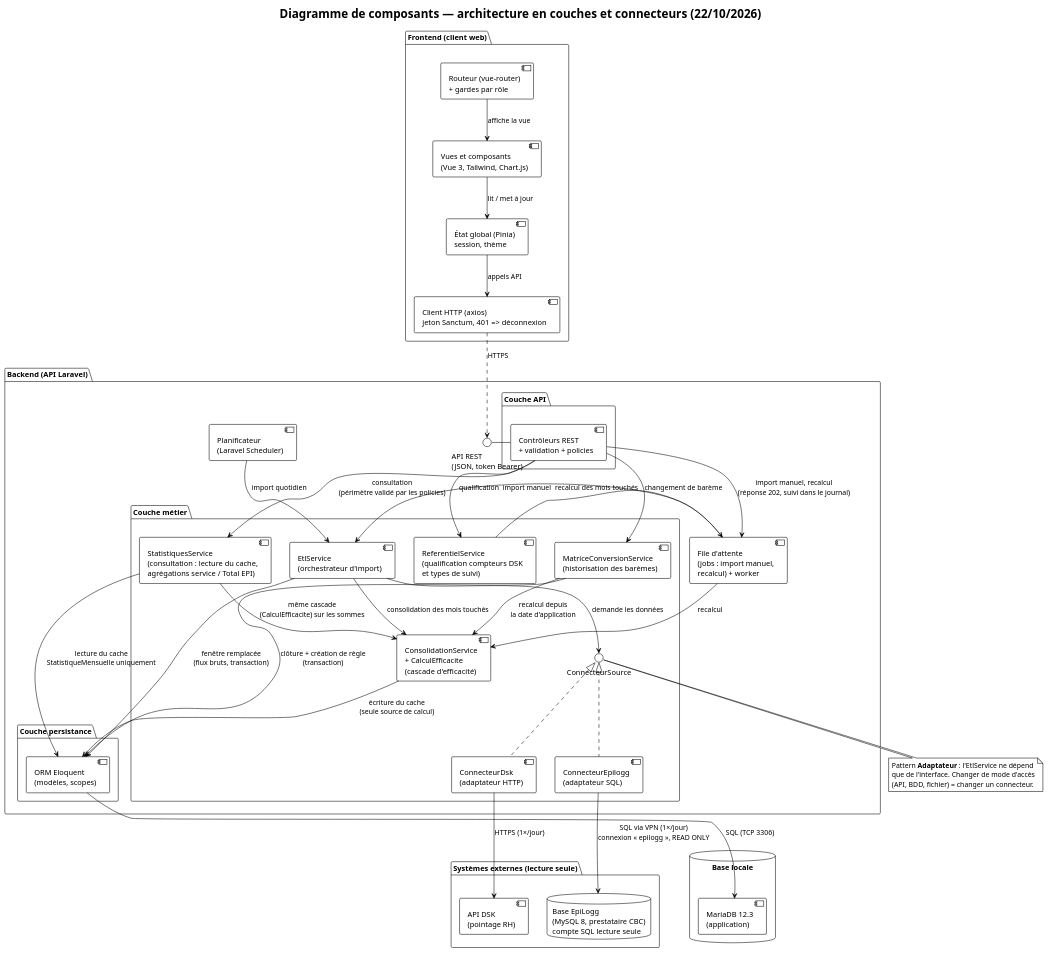
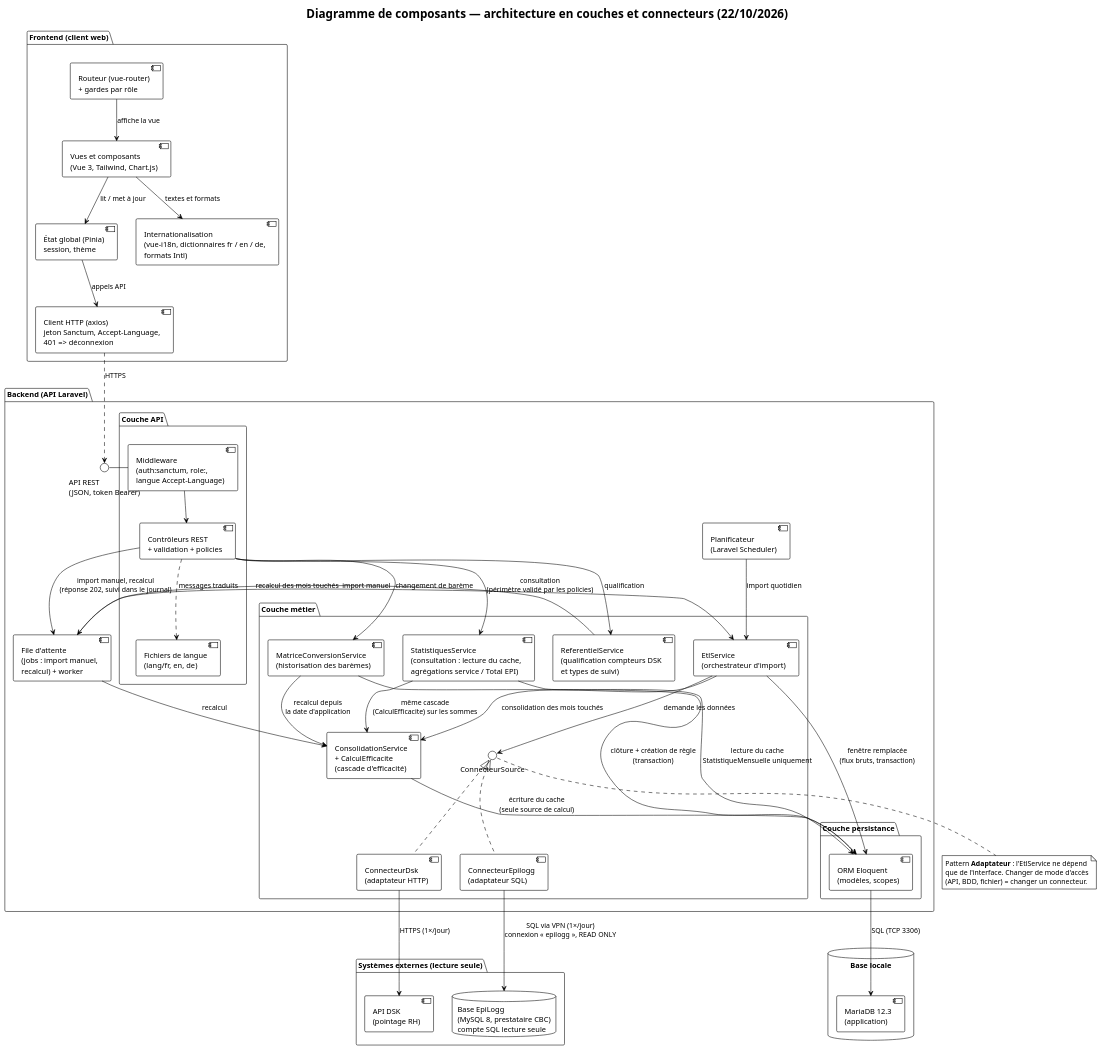
One commit to midjix/plantuml changed the diagram in diagrammes_de_composants.puml. Above: the diagram before and after it, drawn with PlantUML. The commit also changed 2 other files, not shown here.

Commit message:
docs(uml): trilingual requirement and step B front
- context: note on the fr / en / de interface and API messages
- components: i18n component in the frontend, language middleware and
  language files in the API layer
- README: journal entry (requirement, gap to report in the dissertation)

```diff
--- a/diagrammes_de_composants.puml
+++ b/diagrammes_de_composants.puml
@@ -1,87 +1,93 @@
 @startuml
 !theme plain
 skinparam componentStyle uml2
 
 title Diagramme de composants — architecture en couches et connecteurs (22/10/2026)
 
 package "Frontend (client web)" {
     [Vues et composants\n(Vue 3, Tailwind, Chart.js)] as vue
     [Routeur (vue-router)\n+ gardes par rôle] as routeur
     [État global (Pinia)\nsession, thème] as stores
-    [Client HTTP (axios)\njeton Sanctum, 401 => déconnexion] as http_client
+    [Client HTTP (axios)\njeton Sanctum, Accept-Language,\n401 => déconnexion] as http_client
+    [Internationalisation\n(vue-i18n, dictionnaires fr / en / de,\nformats Intl)] as i18n
     routeur --> vue : affiche la vue
     vue --> stores : lit / met à jour
+    vue --> i18n : textes et formats
     stores --> http_client : appels API
 }
 
 package "Systèmes externes (lecture seule)" {
     [API DSK\n(pointage RH)] as dsk_api
     database "Base EpiLogg\n(MySQL 8, prestataire CBC)\ncompte SQL lecture seule" as epilogg_db
 }
 
 package "Backend (API Laravel)" {
     interface "API REST\n(JSON, token Bearer)" as api_rest
 
     package "Couche API" {
+        [Middleware\n(auth:sanctum, role:,\nlangue Accept-Language)] as middleware
         [Contrôleurs REST\n+ validation + policies] as controllers
+        [Fichiers de langue\n(lang/fr, en, de)] as lang
+        middleware --> controllers
+        controllers ..> lang : messages traduits
     }
 
     package "Couche métier" {
         [StatistiquesService\n(consultation : lecture du cache,\nagrégations service / Total EPI)] as stats
         [ReferentielService\n(qualification compteurs DSK\net types de suivi)] as referentiel
         [EtlService\n(orchestrateur d'import)] as etl
         [ConsolidationService\n+ CalculEfficacite\n(cascade d'efficacité)] as conso
         [MatriceConversionService\n(historisation des barèmes)] as matrice
         interface "ConnecteurSource" as iconn
         [ConnecteurDsk\n(adaptateur HTTP)] as conn_dsk
         [ConnecteurEpilogg\n(adaptateur SQL)] as conn_epilogg
     }
 
     package "Couche persistance" {
         [ORM Eloquent\n(modèles, scopes)] as orm
     }
 
     [Planificateur\n(Laravel Scheduler)] as cron
     [File d'attente\n(jobs : import manuel,\nrecalcul) + worker] as queue
 
-    api_rest - controllers
+    api_rest - middleware
 
     controllers --> stats : consultation\n(périmètre validé par les policies)
     controllers --> matrice : changement de barème
     controllers --> referentiel : qualification
     controllers --> queue : import manuel, recalcul\n(réponse 202, suivi dans le journal)
     referentiel --> queue : recalcul des mois touchés
     queue --> etl : import manuel
     queue --> conso : recalcul
     cron --> etl : import quotidien
 
     etl --> iconn : demande les données
     iconn <|.. conn_dsk
     iconn <|.. conn_epilogg
 
     conn_dsk --> dsk_api : HTTPS (1×/jour)
     conn_epilogg --> epilogg_db : SQL via VPN (1×/jour)\nconnexion « epilogg », READ ONLY
 
     stats --> conso : même cascade\n(CalculEfficacite) sur les sommes
     stats --> orm : lecture du cache\nStatistiqueMensuelle uniquement
     etl --> orm : fenêtre remplacée\n(flux bruts, transaction)
     etl --> conso : consolidation des mois touchés
     conso --> orm : écriture du cache\n(seule source de calcul)
     matrice --> conso : recalcul depuis\nla date d'application
     matrice --> orm : clôture + création de règle\n(transaction)
 }
 
 database "Base locale" {
     [MariaDB 12.3\n(application)] as mariadb
     orm --> mariadb : SQL (TCP 3306)
 }
 
 http_client ..> api_rest : HTTPS
 
 note bottom of iconn
   Pattern **Adaptateur** : l'EtlService ne dépend
   que de l'interface. Changer de mode d'accès
   (API, BDD, fichier) = changer un connecteur.
 end note
 
 @enduml
```
